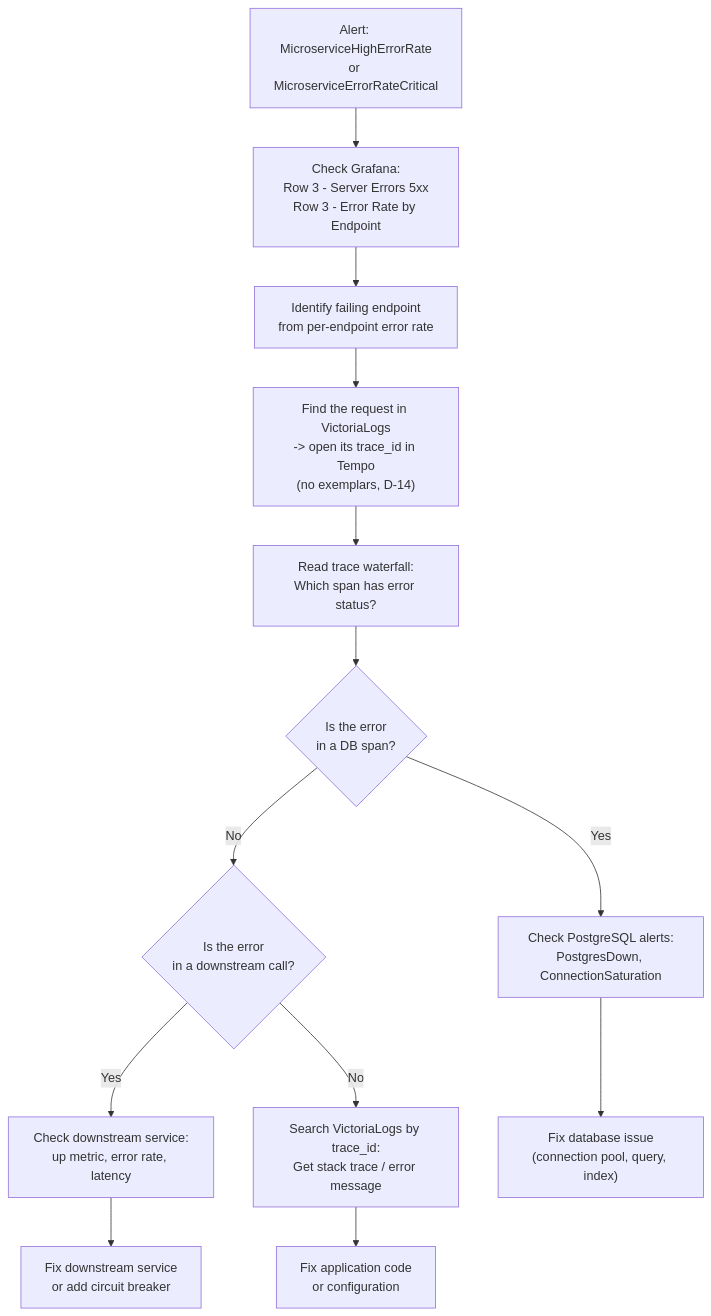
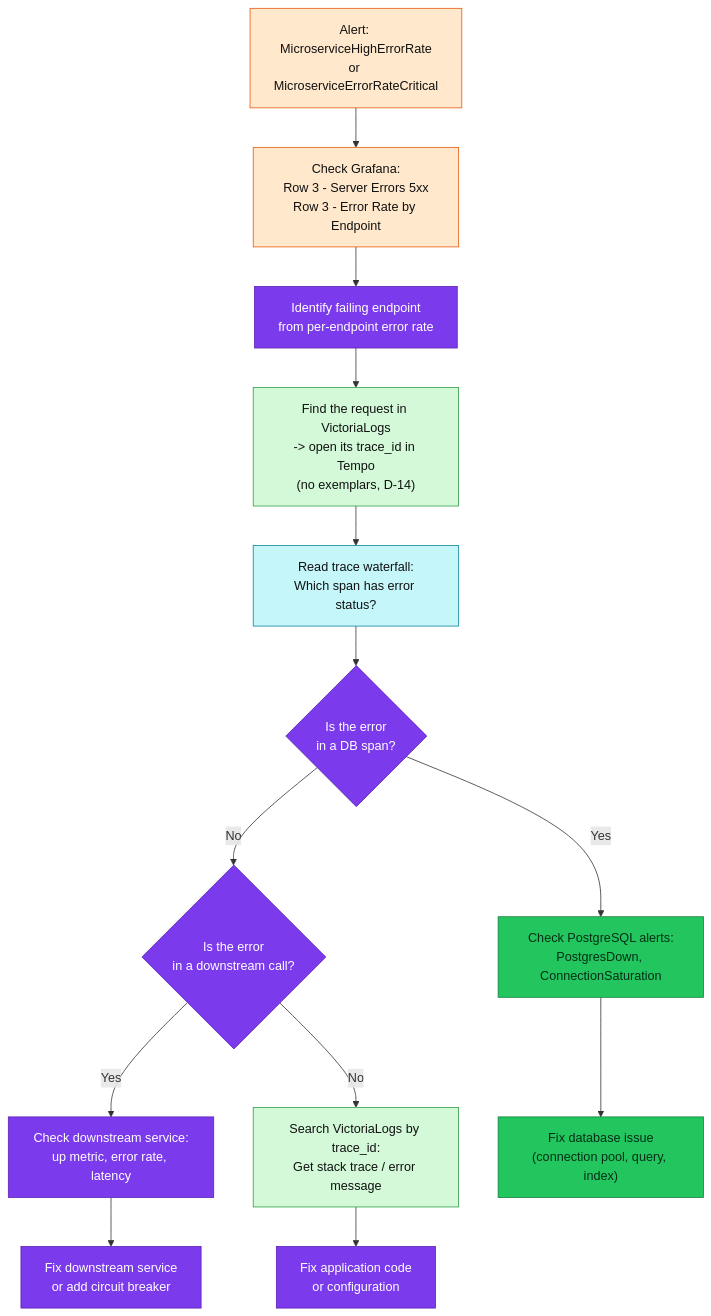
One commit to duynhlab/homelab changed the second of 5 diagrams in docs/observability/runbooks/microservices-alerts.md. Above: the diagram before and after it, drawn with Mermaid. The commit also changed other lines of this file and 33 other files, not shown here.

First line of the commit message:
Refresh observability diagrams (#516)

````diff
--- a/docs/observability/runbooks/microservices-alerts.md
+++ b/docs/observability/runbooks/microservices-alerts.md
@@ -625,21 +645,32 @@
 ```mermaid
 flowchart TD
     Start["Alert: MicroserviceHighErrorRate\nor MicroserviceErrorRateCritical"] --> CheckDashboard["Check Grafana:\nRow 3 - Server Errors 5xx\nRow 3 - Error Rate by Endpoint"]
 
     CheckDashboard --> IdentifyEndpoint["Identify failing endpoint\nfrom per-endpoint error rate"]
 
     IdentifyEndpoint --> CheckExemplar["Find the request in VictoriaLogs\n-> open its trace_id in Tempo\n(no exemplars, D-14)"]
 
     CheckExemplar --> ReadTrace["Read trace waterfall:\nWhich span has error status?"]
 
-    ReadTrace --> IsDB{Is the error\nin a DB span?}
+    ReadTrace --> IsDB{"Is the error<br/>in a DB span?"}
     IsDB -->|Yes| CheckPostgres["Check PostgreSQL alerts:\nPostgresDown, ConnectionSaturation"]
-    IsDB -->|No| IsDownstream{Is the error\nin a downstream call?}
+    IsDB -->|No| IsDownstream{"Is the error<br/>in a downstream call?"}
 
     IsDownstream -->|Yes| CheckDownstream["Check downstream service:\nup metric, error rate, latency"]
     IsDownstream -->|No| CheckLogs["Search VictoriaLogs by trace_id:\nGet stack trace / error message"]
 
     CheckLogs --> FixCode["Fix application code\nor configuration"]
     CheckPostgres --> FixDB["Fix database issue\n(connection pool, query, index)"]
     CheckDownstream --> FixDownstream["Fix downstream service\nor add circuit breaker"]
+
+    classDef metric fill:#ffe8cc,color:#111,stroke:#e8590c;
+    classDef log fill:#d3f9d8,color:#111,stroke:#2f9e44;
+    classDef trace fill:#c5f6fa,color:#111,stroke:#0c8599;
+    classDef data fill:#22c55e,color:#052e16,stroke:#15803d;
+    classDef platform fill:#7c3aed,color:#fff,stroke:#5b21b6;
+    class Start,CheckDashboard metric;
+    class CheckExemplar,CheckLogs log;
+    class ReadTrace trace;
+    class CheckPostgres,FixDB data;
+    class IdentifyEndpoint,IsDB,IsDownstream,CheckDownstream,FixCode,FixDownstream platform;
 ```
````
